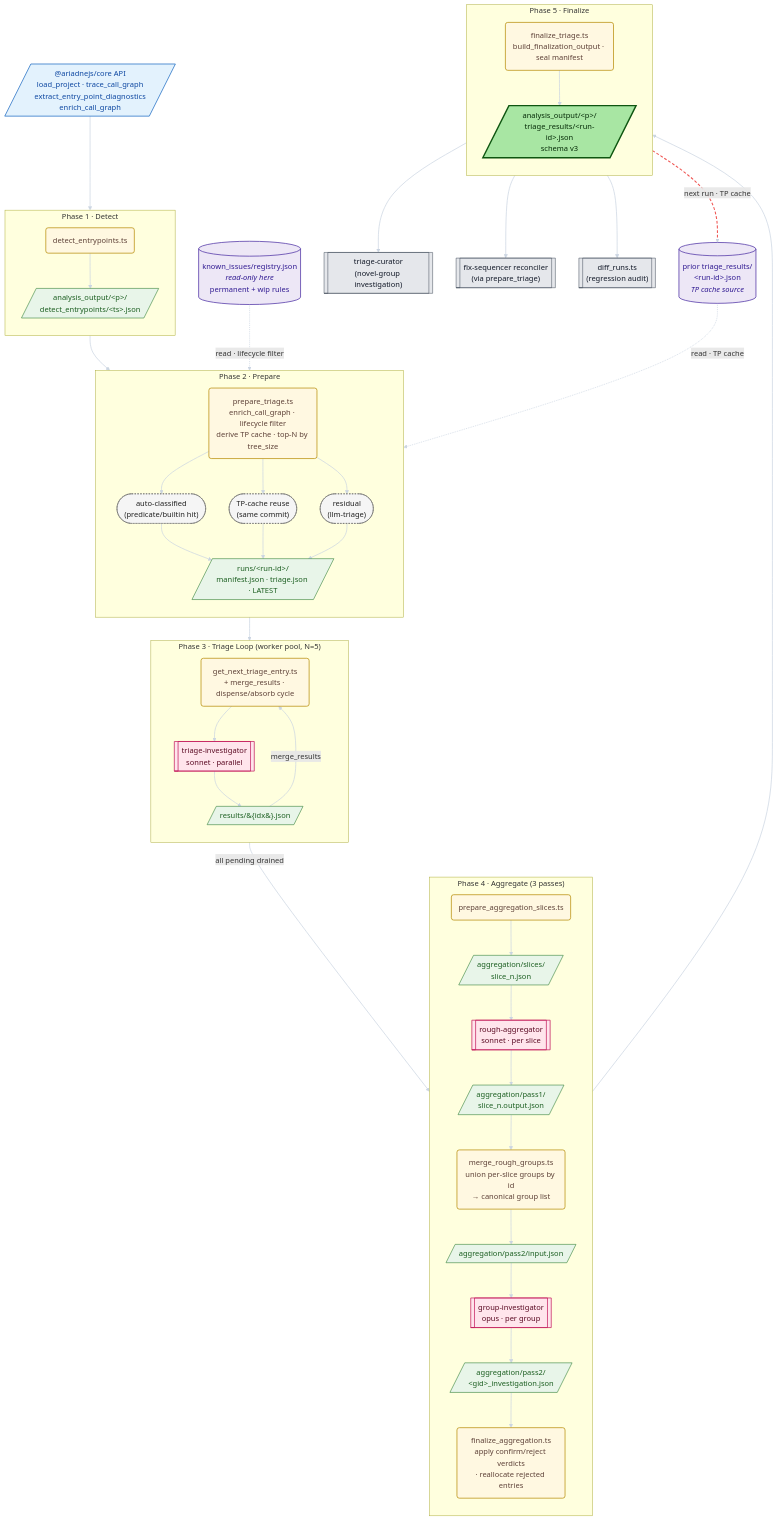
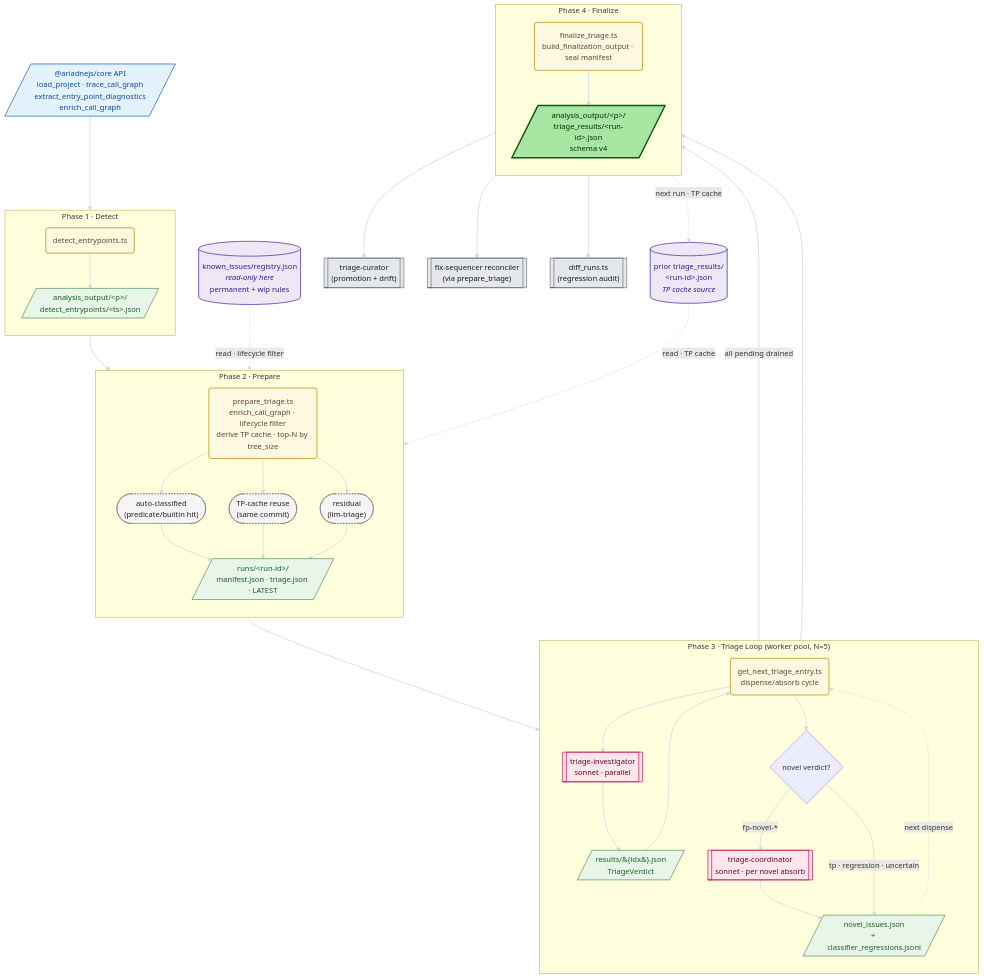
The second of 2 diagrams in .claude/skills/self-repair-pipeline/README.md (CRJFisher/ariadne), drawn with Mermaid before and after one commit. The commit also changed other lines of this file and 31 other files, not shown here.

````diff
--- a/.claude/skills/self-repair-pipeline/README.md
+++ b/.claude/skills/self-repair-pipeline/README.md
@@ -76,31 +76,21 @@
 
   subgraph P3["Phase 3 · Triage Loop (worker pool, N=5)"]
     direction TB
-    S3("get_next_triage_entry.ts<br/>+ merge_results · dispense/absorb cycle"):::step
+    S3("get_next_triage_entry.ts<br/>dispense/absorb cycle"):::step
     AG3[["triage-investigator<br/>sonnet · parallel"]]:::agent
-    A3[/"results/&#123;idx&#125;.json"/]:::artifact
+    A3[/"results/&#123;idx&#125;.json<br/>TriageVerdict"/]:::artifact
+    BR{novel verdict?}:::branch
+    AG_CO[["triage-coordinator<br/>sonnet · per novel absorb"]]:::agent
+    NI[/"novel_issues.json<br/>+ classifier_regressions.jsonl"/]:::artifact
   end
 
-  subgraph P4["Phase 4 · Aggregate (3 passes)"]
+  subgraph P4["Phase 4 · Finalize"]
     direction TB
-    S4a("prepare_aggregation_slices.ts"):::step
-    A4a[/"aggregation/slices/<br/>slice_n.json"/]:::artifact
-    AG4a[["rough-aggregator<br/>sonnet · per slice"]]:::agent
-    A4b[/"aggregation/pass1/<br/>slice_n.output.json"/]:::artifact
-    S4b("merge_rough_groups.ts<br/>union per-slice groups by id<br/>→ canonical group list"):::step
-    A4c[/"aggregation/pass2/input.json"/]:::artifact
-    AG4b[["group-investigator<br/>opus · per group"]]:::agent
-    A4d[/"aggregation/pass2/<br/>&lt;gid&gt;_investigation.json"/]:::artifact
-    S4c("finalize_aggregation.ts<br/>apply confirm/reject verdicts<br/>· reallocate rejected entries"):::step
+    S5("finalize_triage.ts<br/>build_finalization_output · seal manifest"):::step
+    PUB[/"analysis_output/&lt;p&gt;/<br/>triage_results/&lt;run-id&gt;.json<br/>schema v4"/]:::published
   end
 
-  subgraph P5["Phase 5 · Finalize"]
-    direction TB
-    S5("finalize_triage.ts<br/>build_finalization_output · seal manifest"):::step
-    PUB[/"analysis_output/&lt;p&gt;/<br/>triage_results/&lt;run-id&gt;.json<br/>schema v3"/]:::published
-  end
-
-  CUR[["triage-curator<br/>(novel-group investigation)"]]:::downstream
+  CUR[["triage-curator<br/>(promotion + drift)"]]:::downstream
   FX[["fix-sequencer reconciler<br/>(via prepare_triage)"]]:::downstream
   DIF[["diff_runs.ts<br/>(regression audit)"]]:::downstream
 
@@ -118,11 +108,14 @@
 
   A2 --> S3
   S3 --> AG3 --> A3
-  A3 -- "merge_results" --> S3
-  S3 -- "all pending drained" --> S4a
-
-  S4a --> A4a --> AG4a --> A4b --> S4b --> A4c --> AG4b --> A4d --> S4c
-  S4c --> S5 --> PUB
+  A3 --> S3
+  S3 --> BR
+  BR -- "fp-novel-*" --> AG_CO --> NI
+  BR -- "tp · regression · uncertain" --> NI
+  NI -. "next dispense" .-> S3
+  S3 -- "all pending drained" --> S5
+  NI --> S5
+  S5 --> PUB
 
   PUB --> CUR
   PUB --> FX
@@ -131,5 +124,4 @@
   PUB -. "next run · TP cache" .-> PRIOR
 
   linkStyle default stroke:#cbd5e1,stroke-width:1.5px
-  linkStyle 29 stroke:#ef5350,stroke-width:2.2px,stroke-dasharray:6 4
 ```
````
